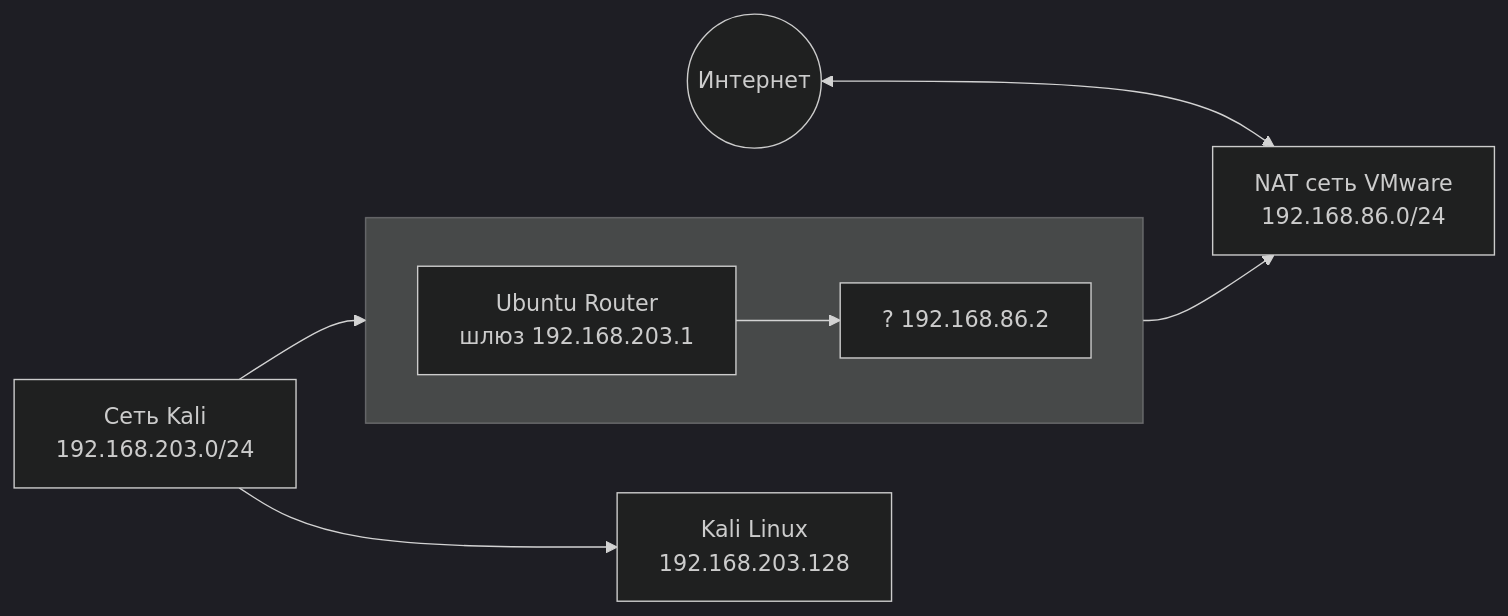
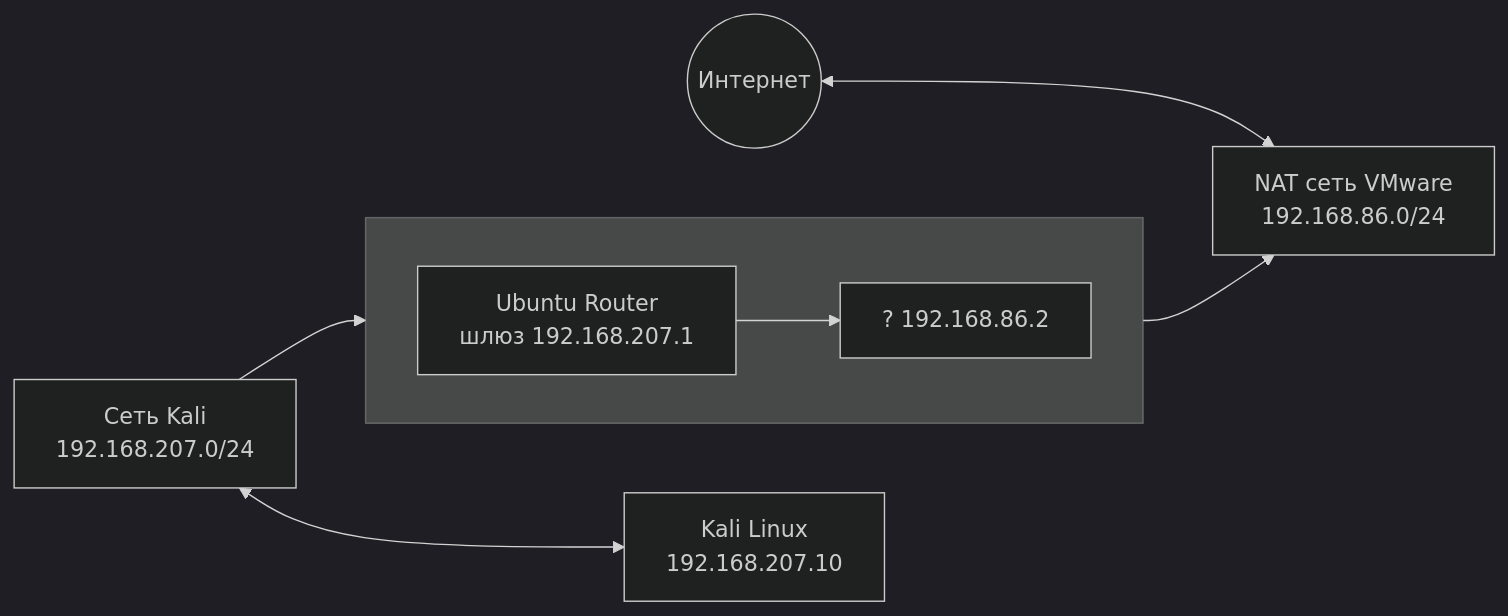
The second of 2 diagrams in Инвентаризация.md (r0thik/stand), drawn with Mermaid (dark theme) before and after one commit. The commit also changed other lines of this file, not shown here.

````diff
--- a/Инвентаризация.md
+++ b/Инвентаризация.md
@@ -46,15 +45,15 @@
 ```mermaid
 flowchart LR
     Internet((Интернет)) <--> NATnet[NAT сеть VMware<br>192.168.86.0/24]
 
     subgraph Unknown [ ]
         direction LR
-        Router[Ubuntu Router<br>шлюз 192.168.203.1]
+        Router[Ubuntu Router<br>шлюз 192.168.207.1]
         NATgateway[? 192.168.86.2]
     end
 
-    KaliNet[Сеть Kali<br>192.168.203.0/24] --> Router
+    KaliNet[Сеть Kali<br>192.168.207.0/24] --> Router
     Router --> NATgateway
     NATgateway --> NATnet
-    KaliNet --> Kali[Kali Linux<br>192.168.203.128]
+    KaliNet <--> Kali[Kali Linux<br>192.168.207.10]
 ```
````
